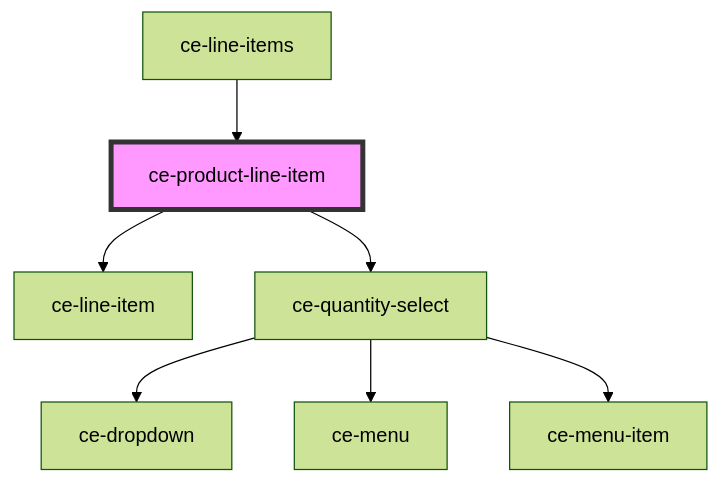
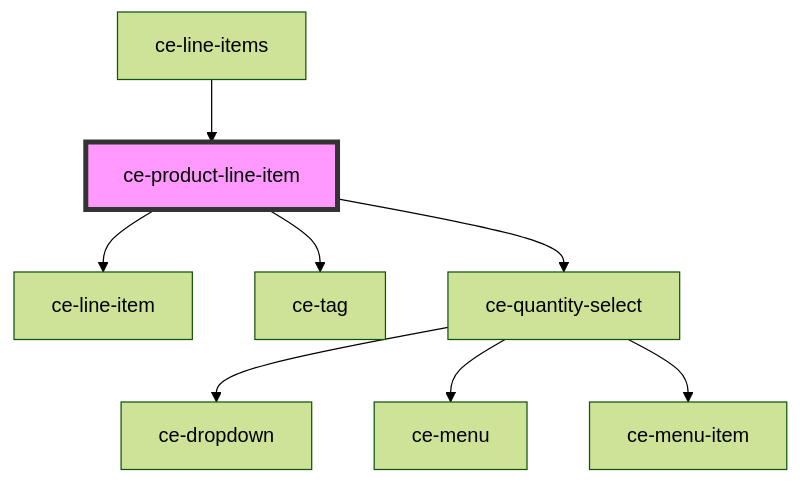
Before and after one commit to surecart/surecart-wp-plugin: the diagram in packages/components/src/components/ui/product-line-item/readme.md, drawn with Mermaid (forest theme). The commit also changed other lines of this file and 66 other files, not shown here.

````diff
--- a/packages/components/src/components/ui/product-line-item/readme.md
+++ b/packages/components/src/components/ui/product-line-item/readme.md
@@ -39,10 +40,11 @@
 ```mermaid
 graph TD;
   ce-product-line-item --> ce-line-item
+  ce-product-line-item --> ce-tag
   ce-product-line-item --> ce-quantity-select
   ce-quantity-select --> ce-dropdown
   ce-quantity-select --> ce-menu
   ce-quantity-select --> ce-menu-item
   ce-line-items --> ce-product-line-item
   style ce-product-line-item fill:#f9f,stroke:#333,stroke-width:4px
 ```
````
